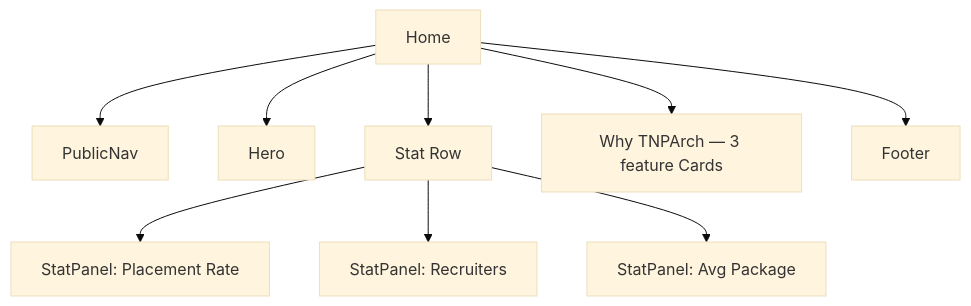
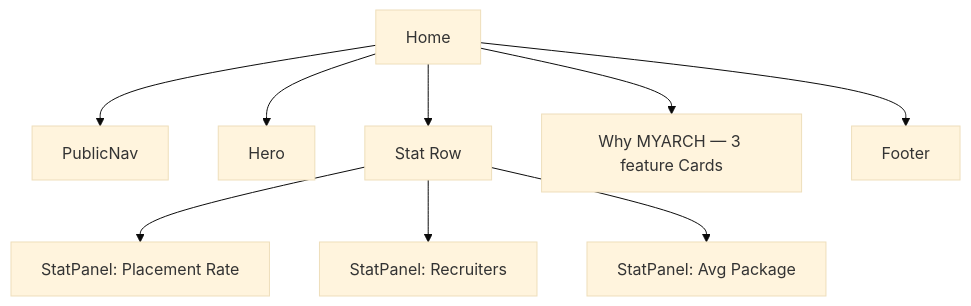
Before and after one commit to harshrawat1403-jpg/myarch: the first of 2 diagrams in docs/design/V1_UI_SPECIFICATION.md, drawn with Mermaid (base theme). The commit also changed other lines of this file and 79 other files, not shown here.

````diff
--- a/docs/design/V1_UI_SPECIFICATION.md
+++ b/docs/design/V1_UI_SPECIFICATION.md
@@ -285,11 +285,11 @@
 ```mermaid
 graph TD
   Home --> PublicNav
   Home --> Hero
   Home --> StatRow[Stat Row]
   StatRow --> StatPanel1[StatPanel: Placement Rate]
   StatRow --> StatPanel2[StatPanel: Recruiters]
   StatRow --> StatPanel3[StatPanel: Avg Package]
-  Home --> Features[Why TNPArch — 3 feature Cards]
+  Home --> Features[Why MYARCH — 3 feature Cards]
   Home --> Footer
 ```
````
